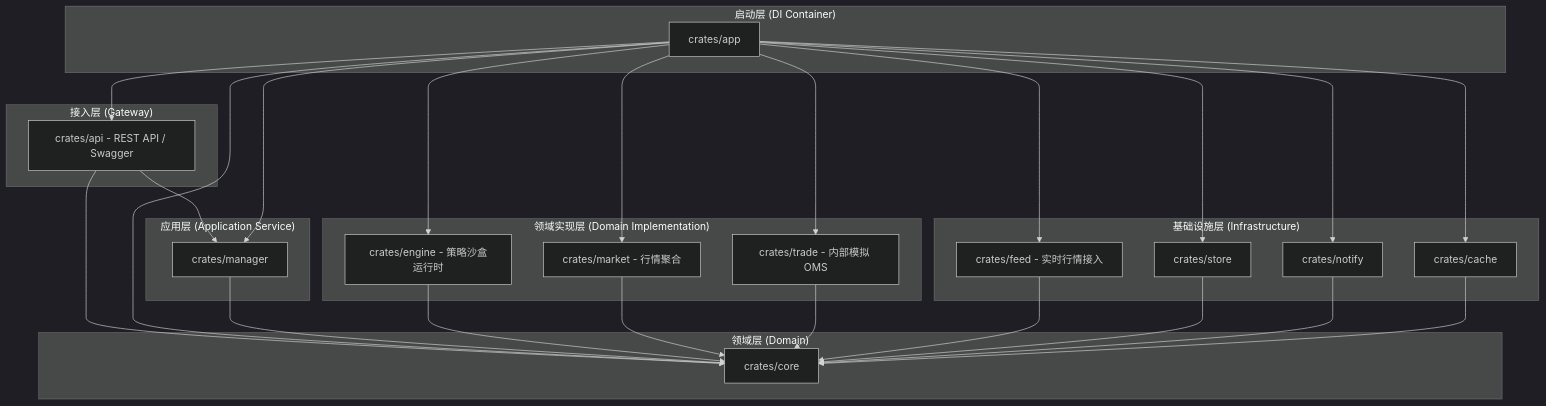
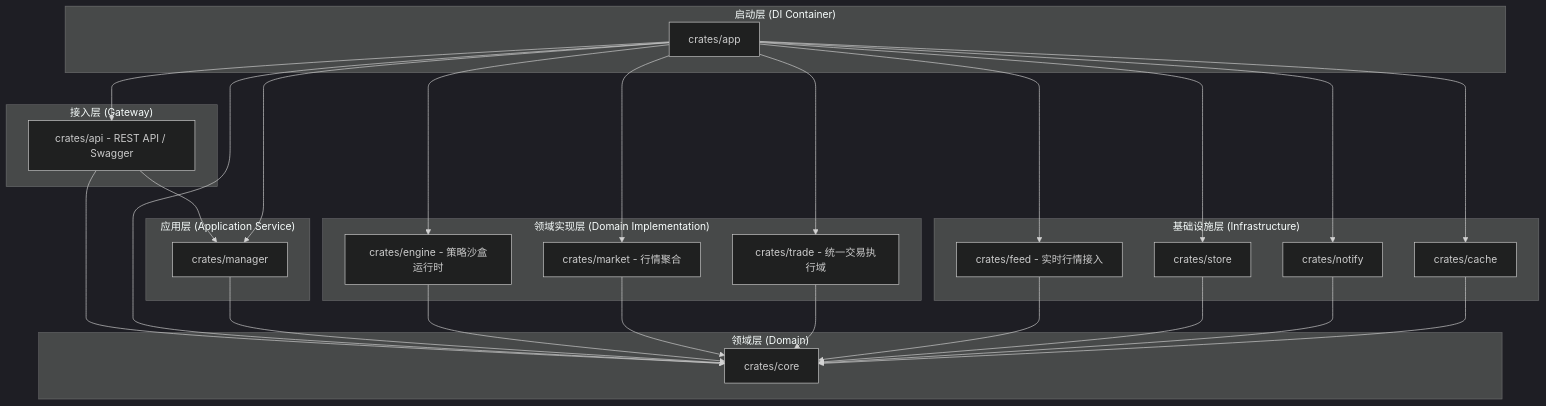
Before and after one commit to moexco/okane: the diagram in docs/architecture.md, drawn with Mermaid (dark theme). The commit also changed other lines of this file and 26 other files, not shown here.

````diff
--- a/docs/architecture.md
+++ b/docs/architecture.md
@@ -5,58 +5,58 @@
 ```mermaid
 graph TB
     subgraph "接入层 (Gateway)"
         API[crates/api - REST API / Swagger]
     end
 
     subgraph "启动层 (DI Container)"
         App[crates/app]
     end
 
     subgraph "应用层 (Application Service)"
         Manager[crates/manager]
     end
 
     subgraph "领域实现层 (Domain Implementation)"
         MarketImpl[crates/market - 行情聚合]
-        TradeImpl[crates/trade - 内部模拟 OMS]
+        TradeImpl[crates/trade - 统一交易执行域]
         Engine[crates/engine - 策略沙盒运行时]
     end
 
     subgraph "领域层 (Domain)"
         Core[crates/core]
     end
 
     subgraph "基础设施层 (Infrastructure)"
         Feed[crates/feed - 实时行情接入]
         Store[crates/store]
         Notify[crates/notify]
         Cache[crates/cache]
-        %% Broker[crates/broker - 实盘通道 计划中]
+        %% Broker[crates/broker - 平台执行通道 计划中]
     end
 
     %% 编译期依赖关系
     API --> Manager
     API --> Core
     
     App --> API
     App --> Manager
     App --> Engine
     App --> Feed
     App --> Store
     App --> Notify
     App --> MarketImpl
     App --> TradeImpl
     App --> Cache
     App --> Core
 
     Manager --> Core
 
     %% 实现层依赖
     Engine --> Core
     MarketImpl --> Core
     TradeImpl --> Core
     Feed --> Core
     Store --> Core
     Notify --> Core
     Cache --> Core
 ```
````
